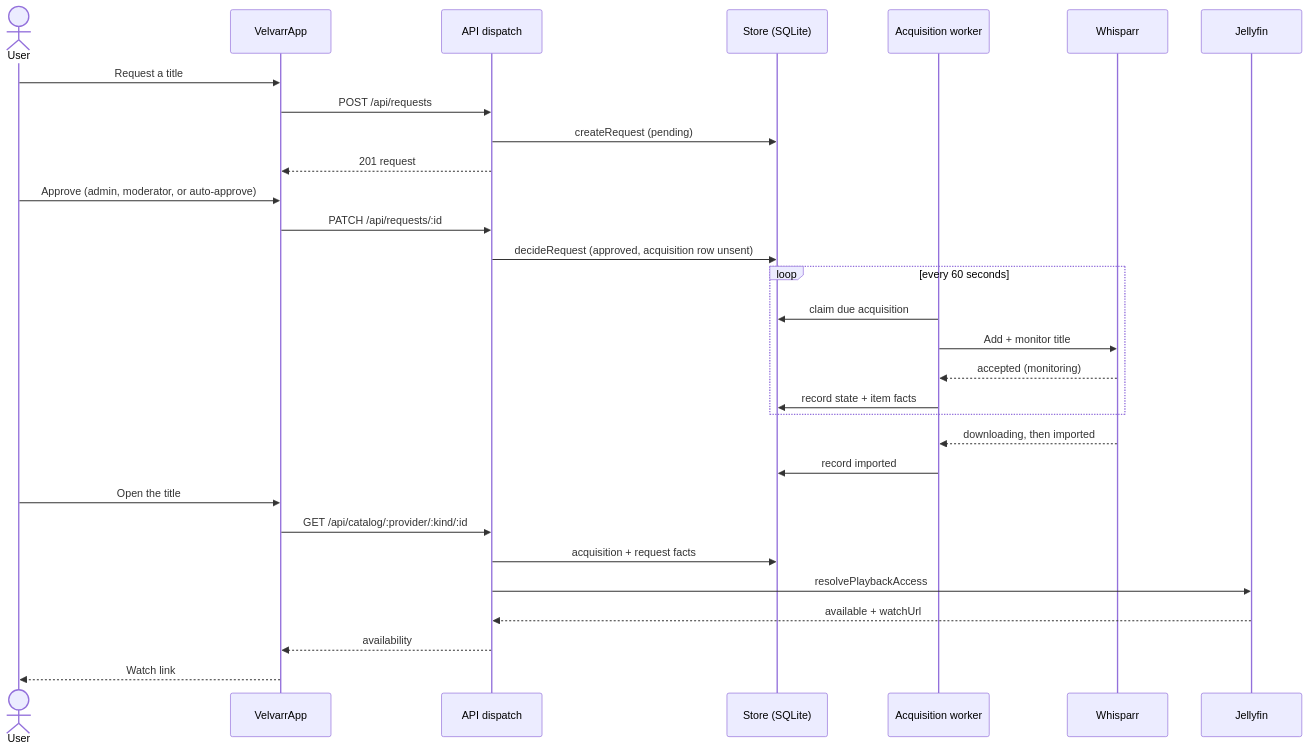
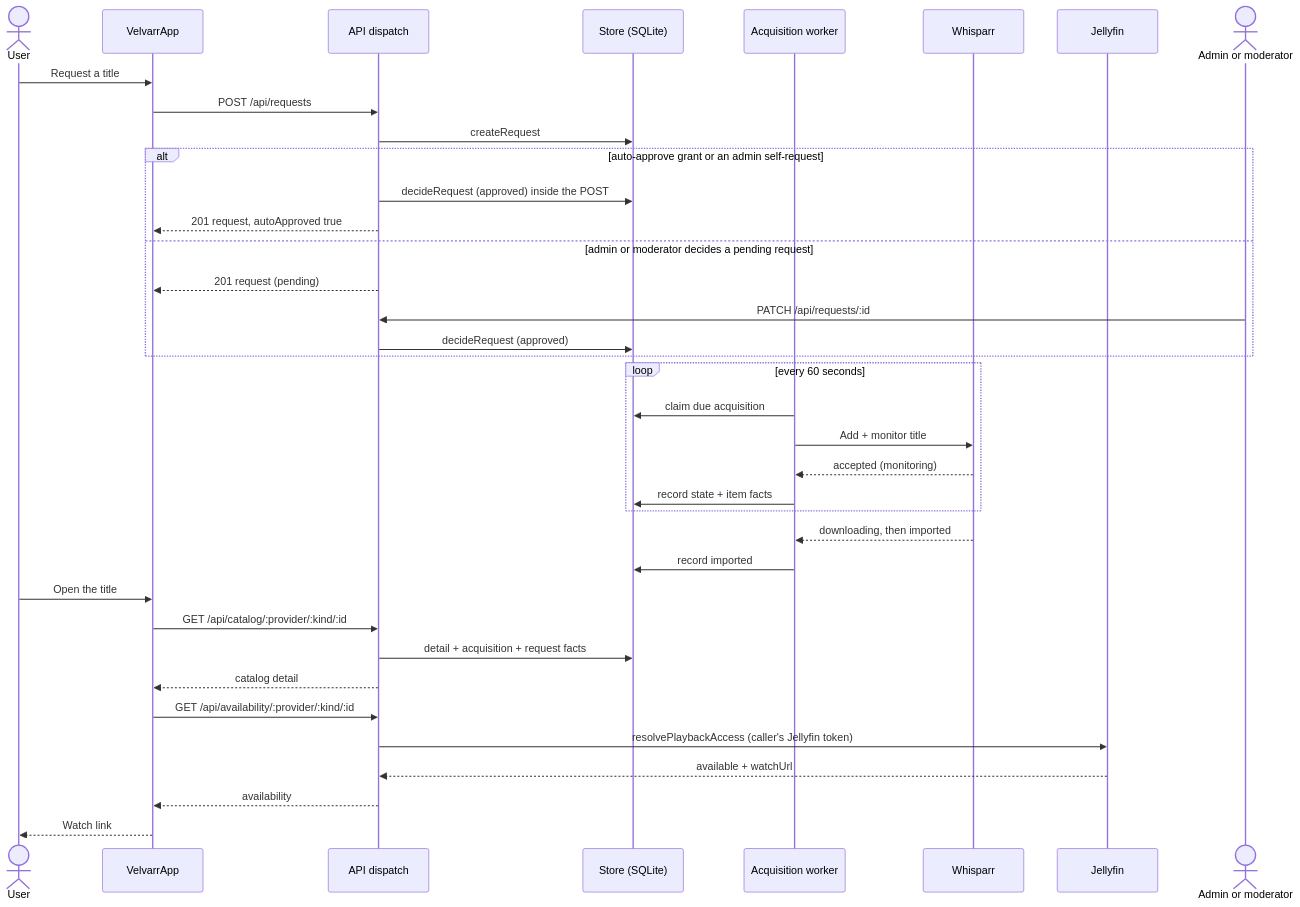
The second of 3 diagrams in docs/how-it-works.md (Skare69/velvarr), drawn with Mermaid before and after one commit. The commit also changed other lines of this file and 1 other file, not shown here.

First line of the commit message:
docs(how-it-works): correct flows against the source

````diff
--- a/docs/how-it-works.md
+++ b/docs/how-it-works.md
@@ -96,33 +99,40 @@
 ```mermaid
 sequenceDiagram
   actor user as User
   participant shell as VelvarrApp
   participant api as API dispatch
   participant store as Store (SQLite)
   participant worker as Acquisition worker
   participant whisparr as Whisparr
   participant jellyfin as Jellyfin
+  actor staff as Admin or moderator
 
   user->>shell: Request a title
   shell->>api: POST /api/requests
-  api->>store: createRequest (pending)
-  api-->>shell: 201 request
-  user->>shell: Approve (admin, moderator, or auto-approve)
-  shell->>api: PATCH /api/requests/:id
-  api->>store: decideRequest (approved, acquisition row unsent)
+  api->>store: createRequest
+  alt auto-approve grant or an admin self-request
+    api->>store: decideRequest (approved) inside the POST
+    api-->>shell: 201 request, autoApproved true
+  else admin or moderator decides a pending request
+    api-->>shell: 201 request (pending)
+    staff->>api: PATCH /api/requests/:id
+    api->>store: decideRequest (approved)
+  end
   loop every 60 seconds
     worker->>store: claim due acquisition
     worker->>whisparr: Add + monitor title
     whisparr-->>worker: accepted (monitoring)
     worker->>store: record state + item facts
   end
   whisparr-->>worker: downloading, then imported
   worker->>store: record imported
   user->>shell: Open the title
   shell->>api: GET /api/catalog/:provider/:kind/:id
-  api->>store: acquisition + request facts
-  api->>jellyfin: resolvePlaybackAccess
+  api->>store: detail + acquisition + request facts
+  api-->>shell: catalog detail
+  shell->>api: GET /api/availability/:provider/:kind/:id
+  api->>jellyfin: resolvePlaybackAccess (caller's Jellyfin token)
   jellyfin-->>api: available + watchUrl
   api-->>shell: availability
   shell-->>user: Watch link
 ```
````
